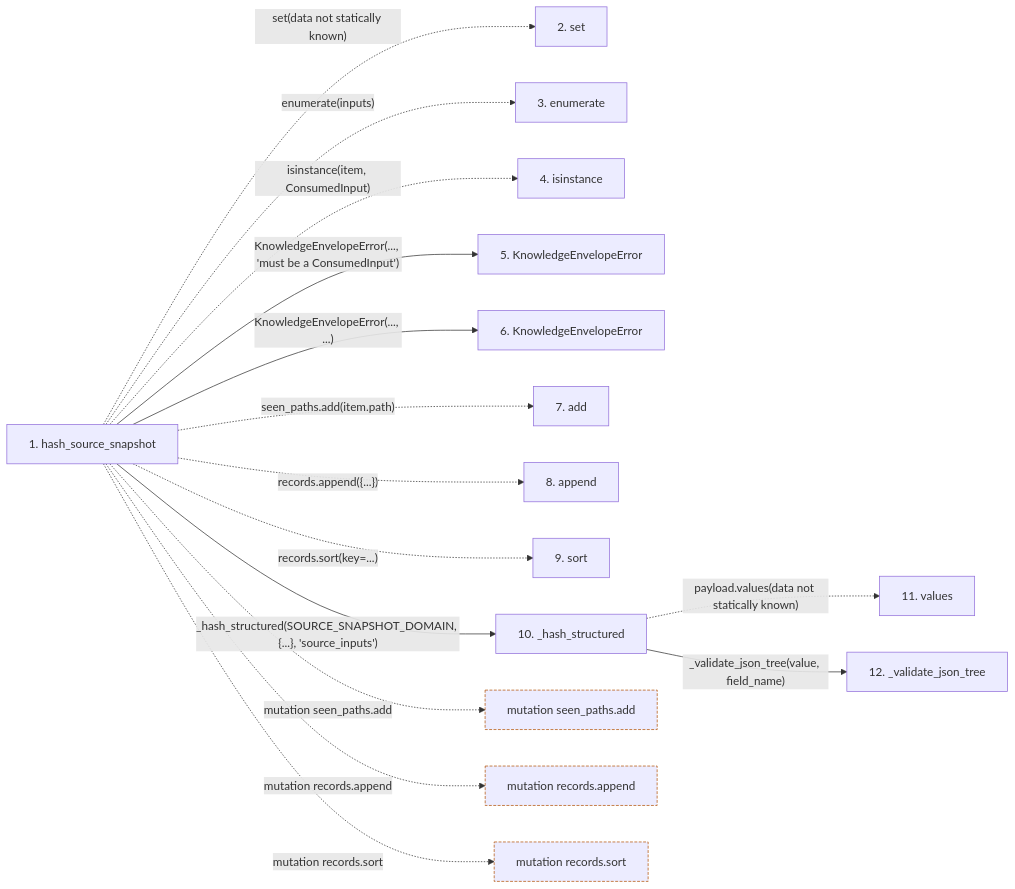
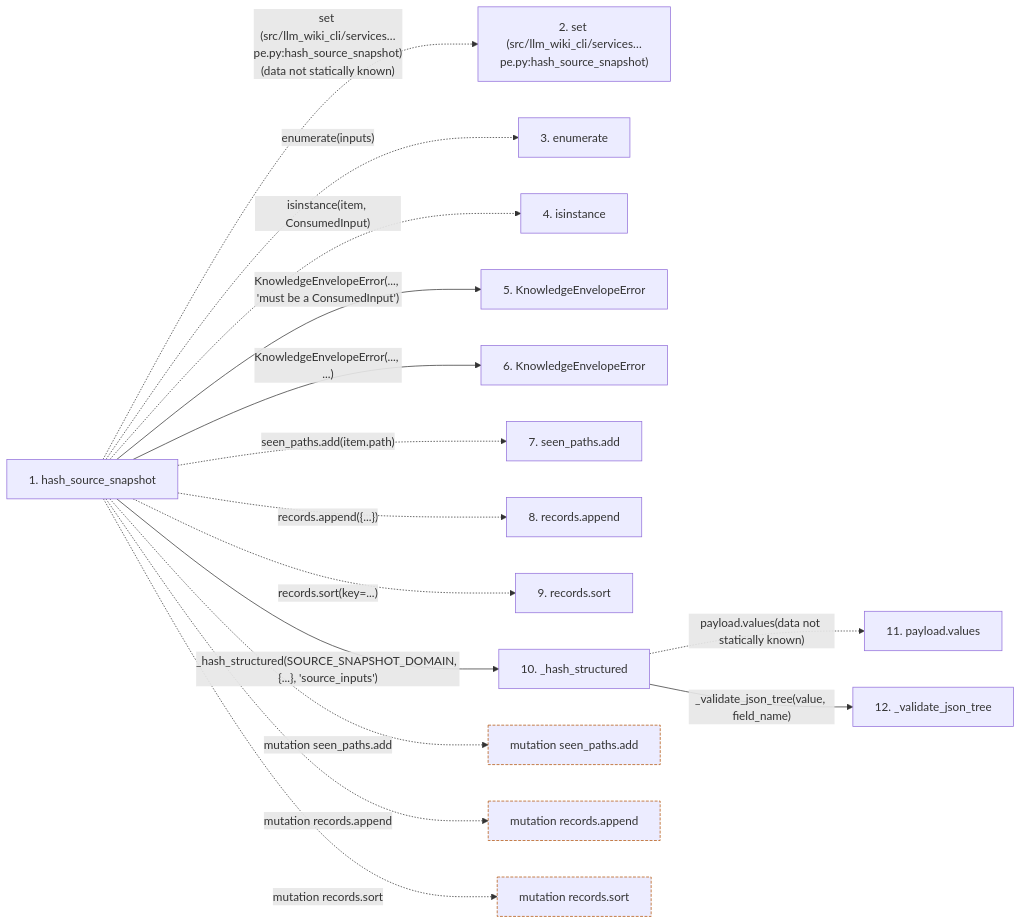
Before and after one commit to Denissvgn/python-wiki-llm: the second of 2 diagrams in docs/llm_wiki/flows/api-hash_source_snapshot.md, drawn with Mermaid. The commit also changed other lines of this file and 719 other files, not shown here.

````diff
--- a/docs/llm_wiki/flows/api-hash_source_snapshot.md
+++ b/docs/llm_wiki/flows/api-hash_source_snapshot.md
@@ -57,41 +58,41 @@
 ```mermaid
 flowchart LR
     s1["1. hash_source_snapshot"]
-    s2["2. set"]
+    s2["2. set (src/llm_wiki_cli/services…pe.py:hash_source_snapshot)"]
     s3["3. enumerate"]
     s4["4. isinstance"]
     s5["5. KnowledgeEnvelopeError"]
     s6["6. KnowledgeEnvelopeError"]
-    s7["7. add"]
-    s8["8. append"]
-    s9["9. sort"]
+    s7["7. seen_paths.add"]
+    s8["8. records.append"]
+    s9["9. records.sort"]
     s10["10. _hash_structured"]
-    s11["11. values"]
+    s11["11. payload.values"]
     s12["12. _validate_json_tree"]
-    s1 -. "set(data not statically known)" .-> s2
+    s1 -. "set (src/llm_wiki_cli/services…pe.py:hash_source_snapshot)(data not statically known)" .-> s2
     s1 -. "enumerate(inputs)" .-> s3
     s1 -. "isinstance(item, ConsumedInput)" .-> s4
     s1 -->|"KnowledgeEnvelopeError(..., 'must be a ConsumedInput')"| s5
     s1 -->|"KnowledgeEnvelopeError(..., ...)"| s6
     s1 -. "seen_paths.add(item.path)" .-> s7
     s1 -. "records.append({...})" .-> s8
     s1 -. "records.sort(key=...)" .-> s9
     s1 -->|"_hash_structured(SOURCE_SNAPSHOT_DOMAIN, {...}, 'source_inputs')"| s10
     s10 -. "payload.values(data not statically known)" .-> s11
     s10 -->|"_validate_json_tree(value, field_name)"| s12
     b0["mutation seen_paths.add"]
     s1 -. "mutation seen_paths.add" .-> b0
     b1["mutation records.append"]
     s1 -. "mutation records.append" .-> b1
     b2["mutation records.sort"]
     s1 -. "mutation records.sort" .-> b2
     click s1 "../modules/knowledge_envelope.md"
     click s5 "../modules/knowledge_envelope.md"
     click s6 "../modules/knowledge_envelope.md"
     click s10 "../modules/knowledge_envelope.md"
     click s12 "../modules/knowledge_envelope.md"
     classDef boundary stroke:#b45309,stroke-dasharray: 4 2
     class b0 boundary
     class b1 boundary
     class b2 boundary
 ```
````
